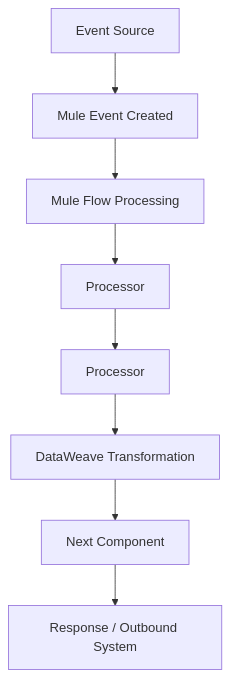
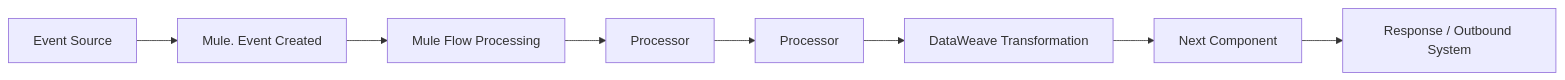
The diagram in docs-sr/modules/ROOT/pages/5_how_mule_really_works_internal_mechanisms.adoc (sasa73d/antora-productdock), drawn with Mermaid before and after one commit. The commit also changed 3 other files, not shown here.

```diff
--- a/docs-sr/modules/ROOT/pages/5_how_mule_really_works_internal_mechanisms.adoc
+++ b/docs-sr/modules/ROOT/pages/5_how_mule_really_works_internal_mechanisms.adoc
@@ -7,20 +7,11 @@
 [mermaid,mule-runtime-internal-flow,svg]
 ....
-flowchart TD
-    Source["Event Source"]
-    Event["Mule Event Created"]
-    Flow["Mule Flow Processing"]
-    Processor1["Processor"]
-    Processor2["Processor"]
-    Transform["DataWeave Transformation"]
-    Next["Next Component"]
-    Response["Response / Outbound System"]
-
-    Source --> Event
-    Event --> Flow
-    Flow --> Processor1
-    Processor1 --> Processor2
-    Processor2 --> Transform
-    Transform --> Next
-    Next --> Response
+flowchart LR
+    Source["Event Source"] --> Event["Mule.  Event Created"]
+    Event --> Flow["Mule Flow Processing"]
+    Flow --> Processor1["Processor"]
+    Processor1 --> Processor2["Processor"]
+    Processor2 --> Transform["DataWeave Transformation"]
+    Transform --> Next["Next Component"]
+    Next --> Response["Response / Outbound System"]
 ....
```
